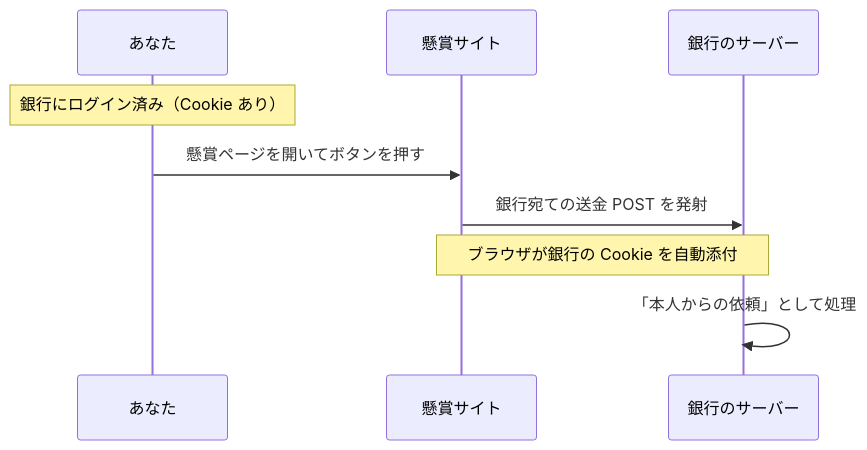
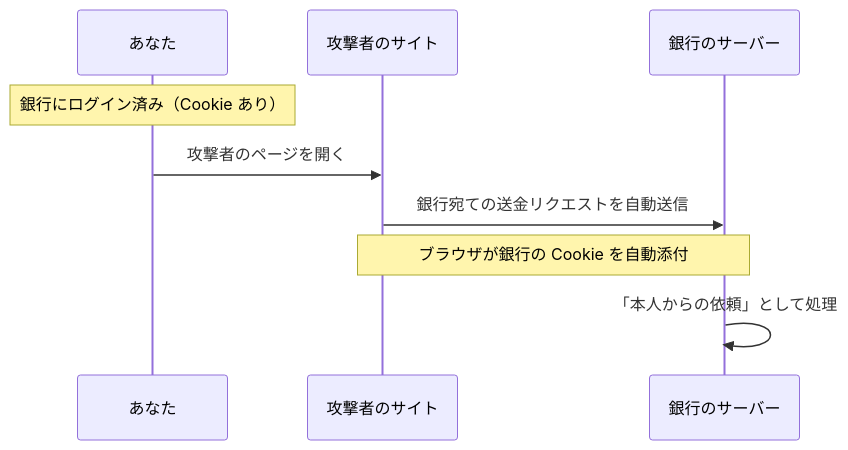
Before and after one commit to ozaki25/web-front-training-ozaki25: the diagram in docs/drafts/052/index.md, drawn with Mermaid. The commit also changed other lines of this file, not shown here.

````diff
--- a/docs/drafts/052/index.md
+++ b/docs/drafts/052/index.md
@@ -30,11 +45,11 @@
 ```mermaid
 sequenceDiagram
   participant U as あなた
-  participant E as 懸賞サイト
+  participant E as 攻撃者のサイト
   participant B as 銀行のサーバー
   Note over U: 銀行にログイン済み（Cookie あり）
-  U->>E: 懸賞ページを開いてボタンを押す
-  E->>B: 銀行宛ての送金 POST を発射
+  U->>E: 攻撃者のページを開く
+  E->>B: 銀行宛ての送金リクエストを自動送信
   Note over E,B: ブラウザが銀行の Cookie を自動添付
   B->>B: 「本人からの依頼」として処理
 ```
````
